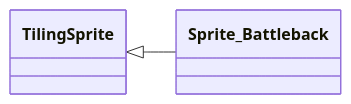
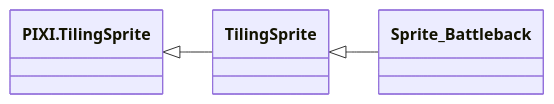
The second of 2 diagrams in MZ/Class Inheritances/Sprite.md (meowmotor/RPG-Maker), drawn with Mermaid before and after one commit.

````diff
--- a/MZ/Class Inheritances/Sprite.md
+++ b/MZ/Class Inheritances/Sprite.md
@@ -27,5 +27,6 @@
 ```mermaid
 classDiagram
 direction LR
+`PIXI.TilingSprite`<|--TilingSprite
 TilingSprite<|--Sprite_Battleback
 ```
````
